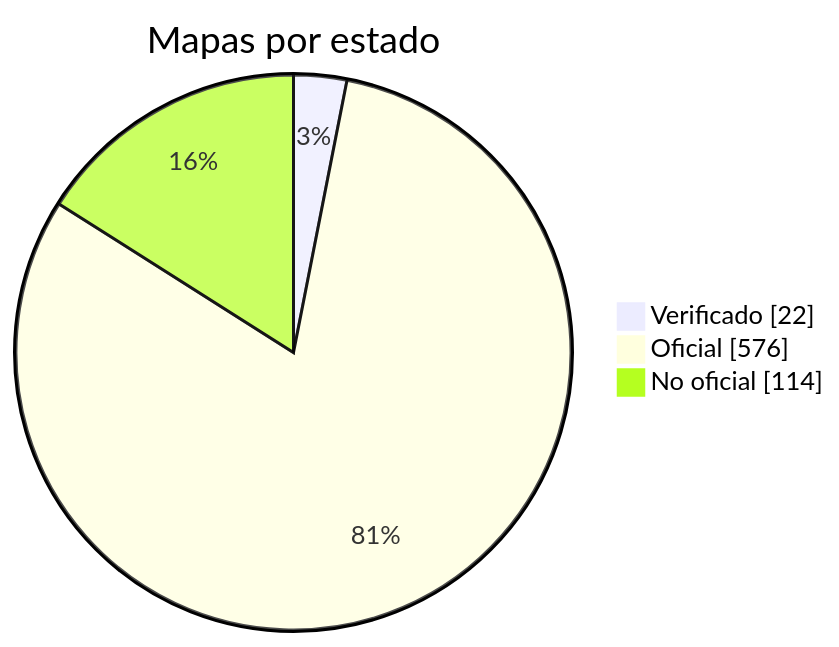
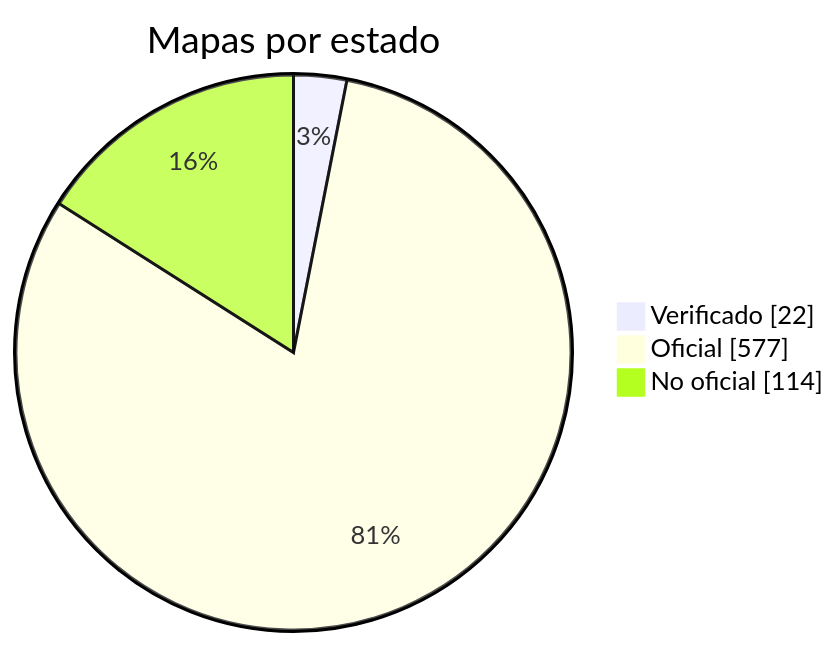
One commit to nobrega8/mbmap-library changed the diagram in docs/readme/README_ES.md. Above: the diagram before and after it, drawn with Mermaid. The commit also changed 6 other files, not shown here.

````diff
--- a/docs/readme/README_ES.md
+++ b/docs/readme/README_ES.md
@@ -54,7 +54,7 @@
 ```mermaid
 pie showData
     title Mapas por estado
     "Verificado" : 22
-    "Oficial" : 576
+    "Oficial" : 577
     "No oficial" : 114
 ```
````
